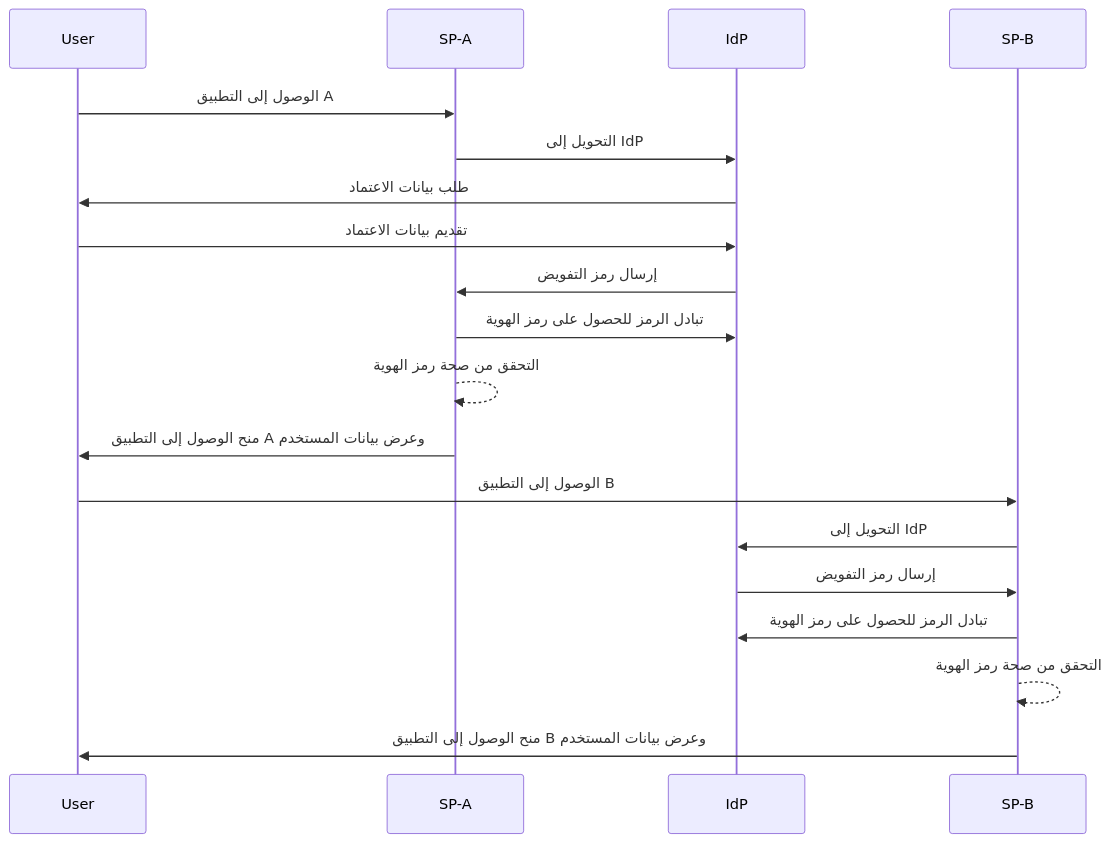
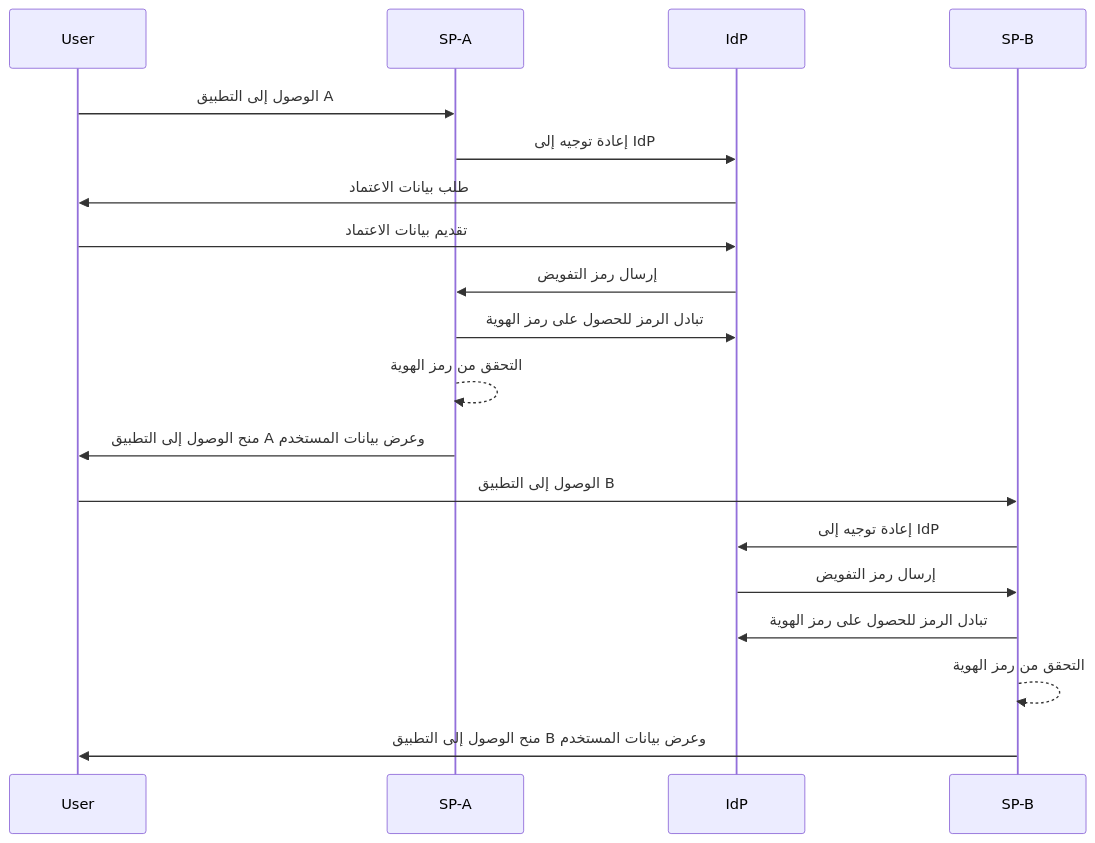
One commit to logto-io/auth-wiki changed the second of 2 diagrams in src/content/terms/ar/single-sign-on.mdx. Above: the diagram before and after it, drawn with Mermaid. The commit also changed other lines of this file and 8 other files, not shown here.

````diff
--- a/src/content/terms/ar/single-sign-on.mdx
+++ b/src/content/terms/ar/single-sign-on.mdx
@@ -54,22 +56,22 @@
 ```mermaid
 sequenceDiagram
     participant User
     participant SP-A
     participant IdP
     participant SP-B
 
     User->>SP-A: الوصول إلى التطبيق A
-    SP-A->>IdP: التحويل إلى IdP
+    SP-A->>IdP: إعادة توجيه إلى IdP
     IdP->>User: طلب بيانات الاعتماد
     User->>IdP: تقديم بيانات الاعتماد
     IdP->>SP-A: إرسال رمز التفويض
     SP-A->>IdP: تبادل الرمز للحصول على رمز الهوية
-    SP-A-->>SP-A: التحقق من صحة رمز الهوية
+    SP-A-->>SP-A: التحقق من رمز الهوية
     SP-A->>User: منح الوصول إلى التطبيق A وعرض بيانات المستخدم
     User->>SP-B: الوصول إلى التطبيق B
-    SP-B->>IdP: التحويل إلى IdP
+    SP-B->>IdP: إعادة توجيه إلى IdP
     IdP->>SP-B: إرسال رمز التفويض
     SP-B->>IdP: تبادل الرمز للحصول على رمز الهوية
-    SP-B-->>SP-B: التحقق من صحة رمز الهوية
+    SP-B-->>SP-B: التحقق من رمز الهوية
     SP-B->>User: منح الوصول إلى التطبيق B وعرض بيانات المستخدم
 ```
````
